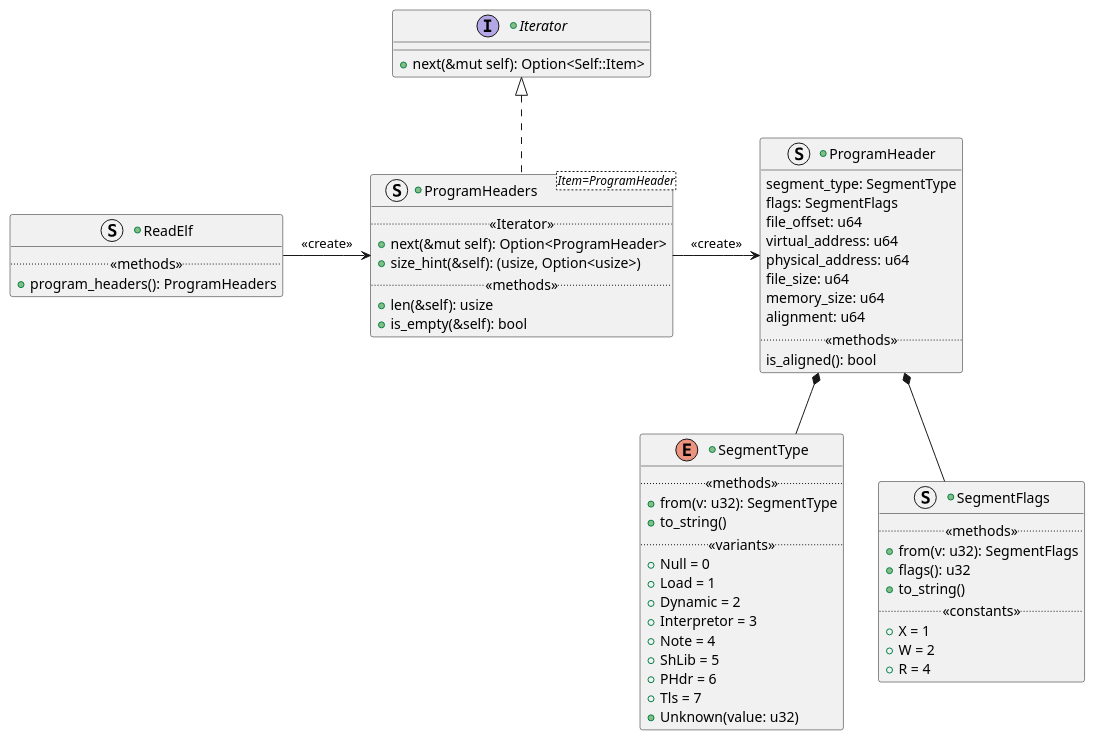
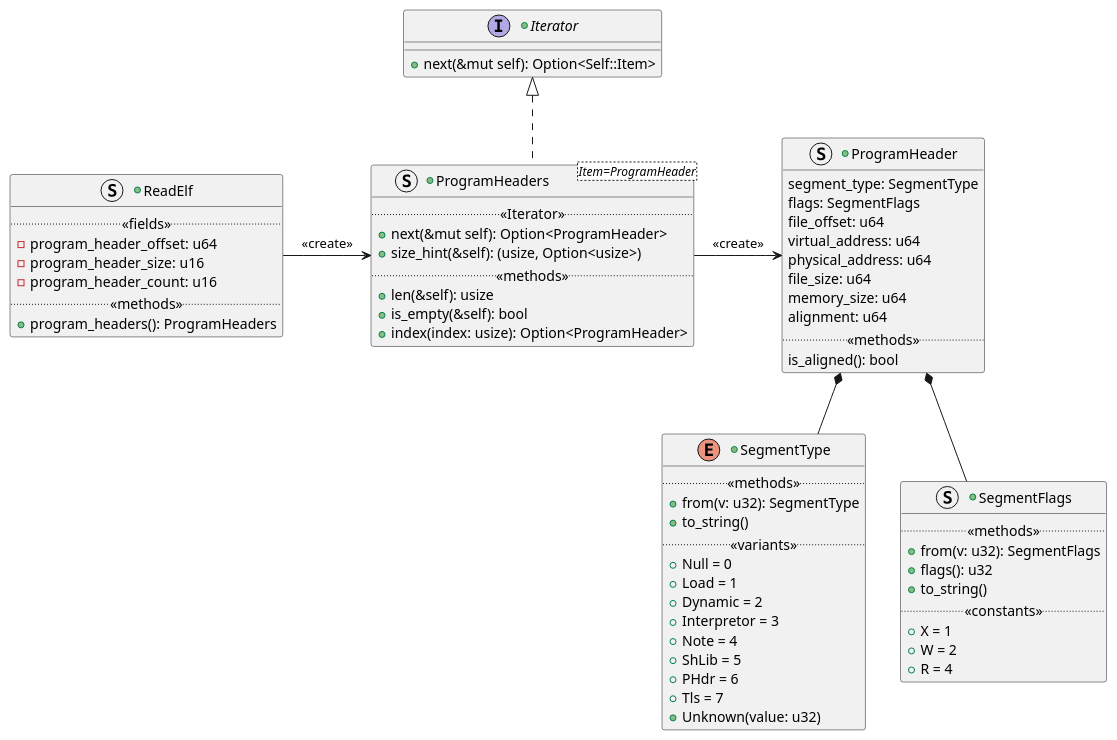
One commit to jcurl/rustlib changed the diagram in readelf/doc/assets/readelf-ph.plantuml. Above: the diagram before and after it, drawn with PlantUML. The commit also changed 9 other files, not shown here.

First line of the commit message:
ReadElf: Allow to get the index of a ProgramHeader

```diff
--- a/readelf/doc/assets/readelf-ph.plantuml
+++ b/readelf/doc/assets/readelf-ph.plantuml
@@ -1,66 +1,71 @@
 @startuml readelf_ph
 
 +interface Iterator {
     +next(&mut self): Option<Self::Item>
 }
 
 +struct ReadElf {
+    .. <<fields>> ..
+    -program_header_offset: u64
+    -program_header_size: u16
+    -program_header_count: u16
     .. <<methods>> ..
     +program_headers(): ProgramHeaders
 }
 
 +struct ProgramHeaders<Item=ProgramHeader> {
     .. <<Iterator>> ..
     +next(&mut self): Option<ProgramHeader>
     +size_hint(&self): (usize, Option<usize>)
     .. <<methods>> ..
     +len(&self): usize
     +is_empty(&self): bool
+    +index(index: usize): Option<ProgramHeader>
 }
 
 +struct ProgramHeader {
     segment_type: SegmentType
     flags: SegmentFlags
     file_offset: u64
     virtual_address: u64
     physical_address: u64
     file_size: u64
     memory_size: u64
     alignment: u64
     .. <<methods>> ..
     is_aligned(): bool
 }
 
 +enum SegmentType {
     .. <<methods>> ..
     +from(v: u32): SegmentType
     +to_string()
     .. <<variants>> ..
     +Null = 0
     +Load = 1
     +Dynamic = 2
     +Interpretor = 3
     +Note = 4
     +ShLib = 5
     +PHdr = 6
     +Tls = 7
     +Unknown(value: u32)
 }
 
 +struct SegmentFlags {
     .. <<methods>> ..
     +from(v: u32): SegmentFlags
     +flags(): u32
     +to_string()
     .. <<constants>> ..
     +X = 1
     +W = 2
     +R = 4
 }
 
 ReadElf -r-> ProgramHeaders : <<create>>
 Iterator <|.d. ProgramHeaders
 ProgramHeaders -r-> ProgramHeader : <<create>>
 ProgramHeader *-d- SegmentType
 ProgramHeader *-d- SegmentFlags
 @enduml
```
